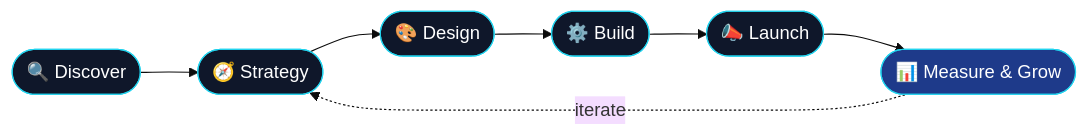
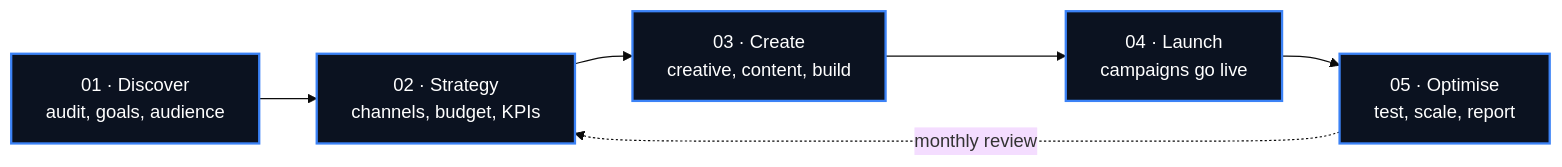
The diagram in profile/README.md (Nexgen-DMA/.github), drawn with Mermaid (base theme) before and after one commit. The commit also changed other lines of this file, not shown here.

````diff
--- a/profile/README.md
+++ b/profile/README.md
@@ -96,15 +110,10 @@
 ```mermaid
 flowchart LR
-    A([🔍 Discover]) --> B([🧭 Strategy])
-    B --> C([🎨 Design])
-    C --> D([⚙️ Build])
-    D --> E([📣 Launch])
-    E --> F([📊 Measure & Grow])
-    F -.->|iterate| B
-    style A fill:#0f172a,stroke:#22d3ee,color:#fff
-    style B fill:#0f172a,stroke:#22d3ee,color:#fff
-    style C fill:#0f172a,stroke:#22d3ee,color:#fff
-    style D fill:#0f172a,stroke:#22d3ee,color:#fff
-    style E fill:#0f172a,stroke:#22d3ee,color:#fff
-    style F fill:#1e3a8a,stroke:#22d3ee,color:#fff
+    A["01 · Discover<br/>audit, goals, audience"] --> B["02 · Strategy<br/>channels, budget, KPIs"]
+    B --> C["03 · Create<br/>creative, content, build"]
+    C --> D["04 · Launch<br/>campaigns go live"]
+    D --> E["05 · Optimise<br/>test, scale, report"]
+    E -.->|monthly review| B
+    classDef step fill:#0b1220,stroke:#3b82f6,stroke-width:2px,color:#ffffff
+    class A,B,C,D,E step
 ```
````
